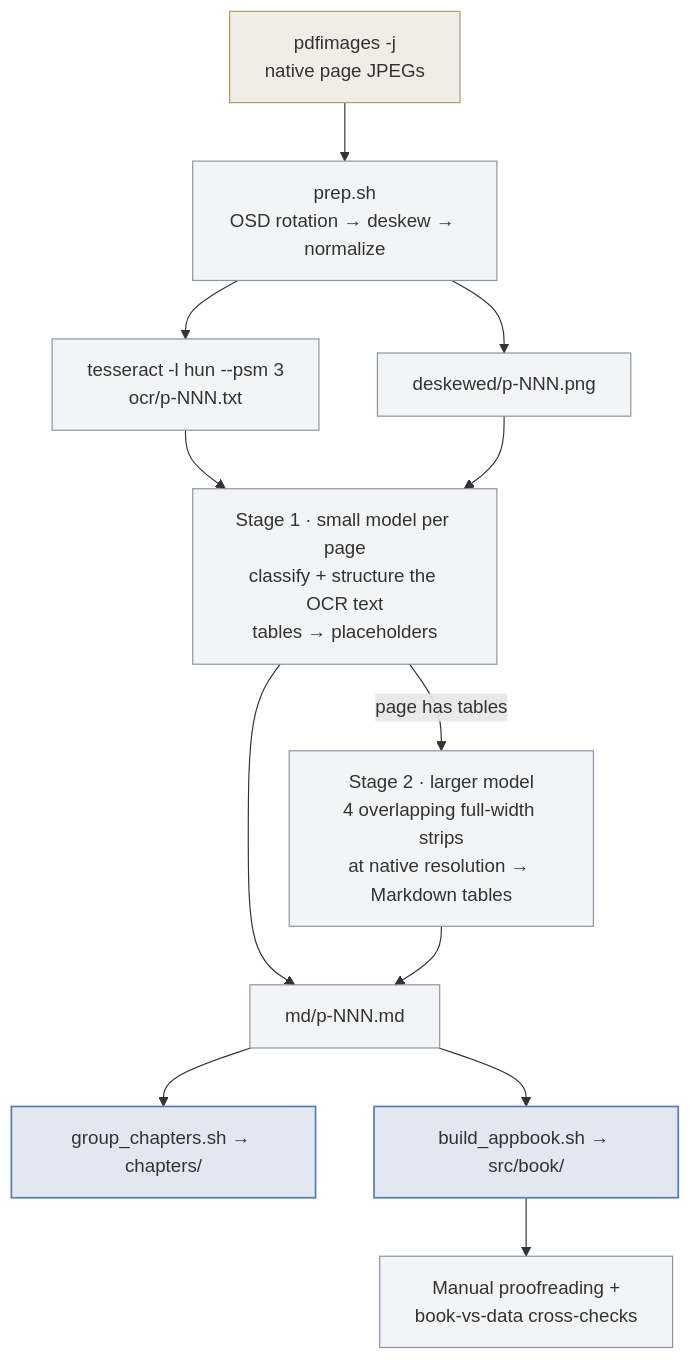
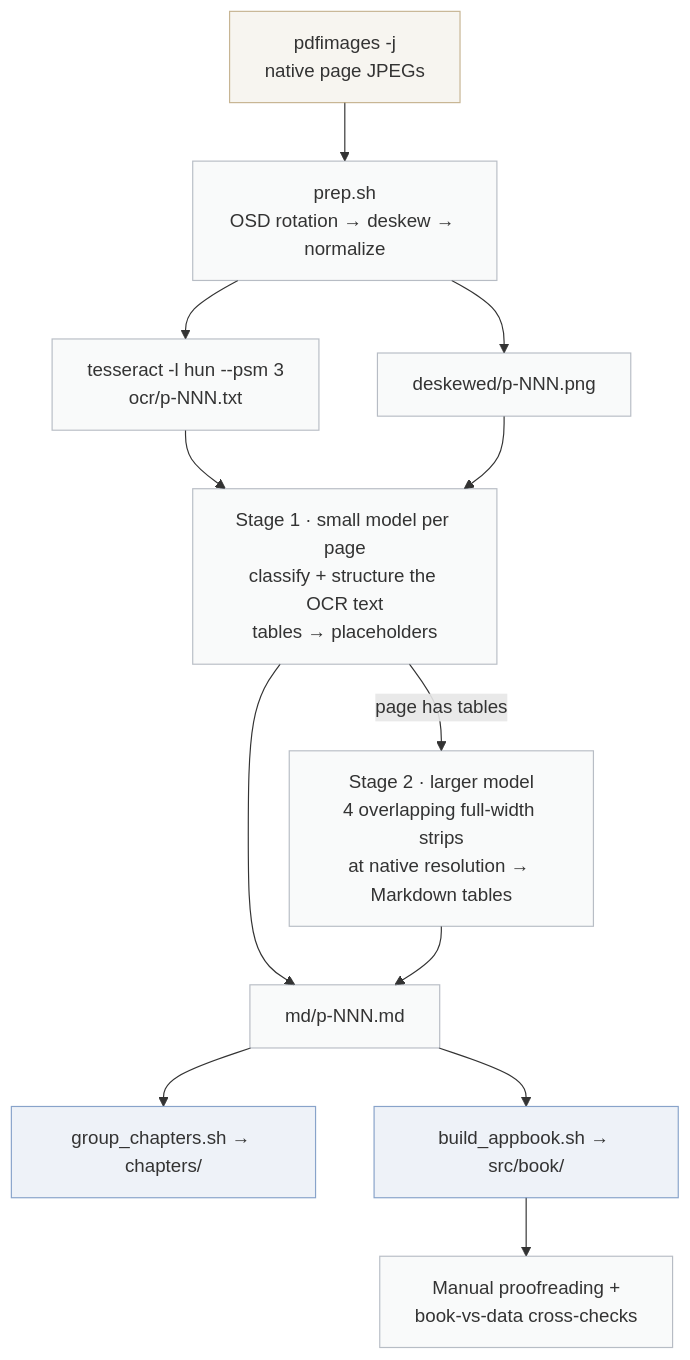
One commit to codex-magica/codex-magica.github.io changed the diagram in docs/pdf-pipeline.md. Above: the diagram before and after it, drawn with Mermaid. The commit also changed 1 other file, not shown here.

Commit message:
Mermaid diagrams: subtler tints and borders
Fills at about half their previous strength, softer border colours, and the output boxes'
border as thin as the others.

````diff
--- a/docs/pdf-pipeline.md
+++ b/docs/pdf-pipeline.md
@@ -26,19 +26,19 @@
 ```mermaid
 flowchart TD
     A["pdfimages -j<br/>native page JPEGs"] --> B["prep.sh<br/>OSD rotation → deskew → normalize"]
     B --> C["tesseract -l hun --psm 3<br/>ocr/p-NNN.txt"]
     B --> D["deskewed/p-NNN.png"]
     C --> E["Stage 1 · small model per page<br/>classify + structure the OCR text<br/>tables → placeholders"]
     D --> E
     E -->|page has tables| F["Stage 2 · larger model<br/>4 overlapping full-width strips<br/>at native resolution → Markdown tables"]
     E --> G["md/p-NNN.md"]
     F --> G
     G --> H["group_chapters.sh → chapters/"]
     G --> I["build_appbook.sh → src/book/"]
     I --> J["Manual proofreading +<br/>book-vs-data cross-checks"]
-    classDef default fill:#8b93a11a,stroke:#8b93a1,stroke-width:1px
-    classDef input fill:#b198692e,stroke:#b19869,stroke-width:1px
-    classDef output fill:#5b7fb52e,stroke:#5b7fb5,stroke-width:1.5px
+    classDef default fill:#8b93a10d,stroke:#8b93a199,stroke-width:1px
+    classDef input fill:#b198691a,stroke:#b19869b3,stroke-width:1px
+    classDef output fill:#5b7fb51a,stroke:#5b7fb5b3,stroke-width:1px
     class A input
     class H,I output
 ```
````
